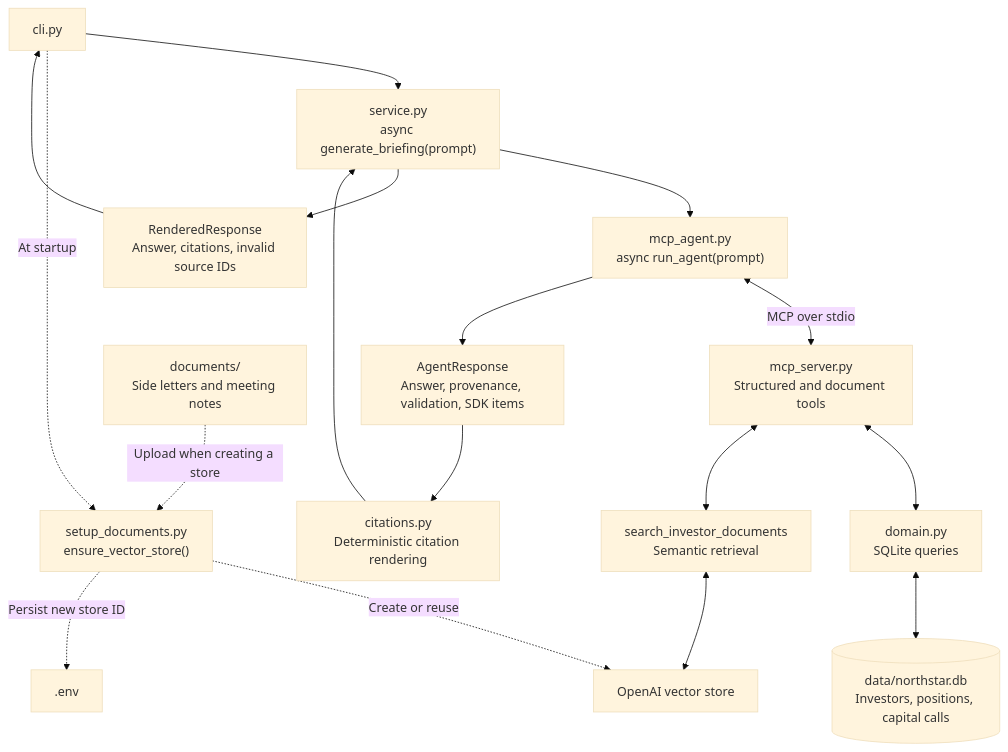
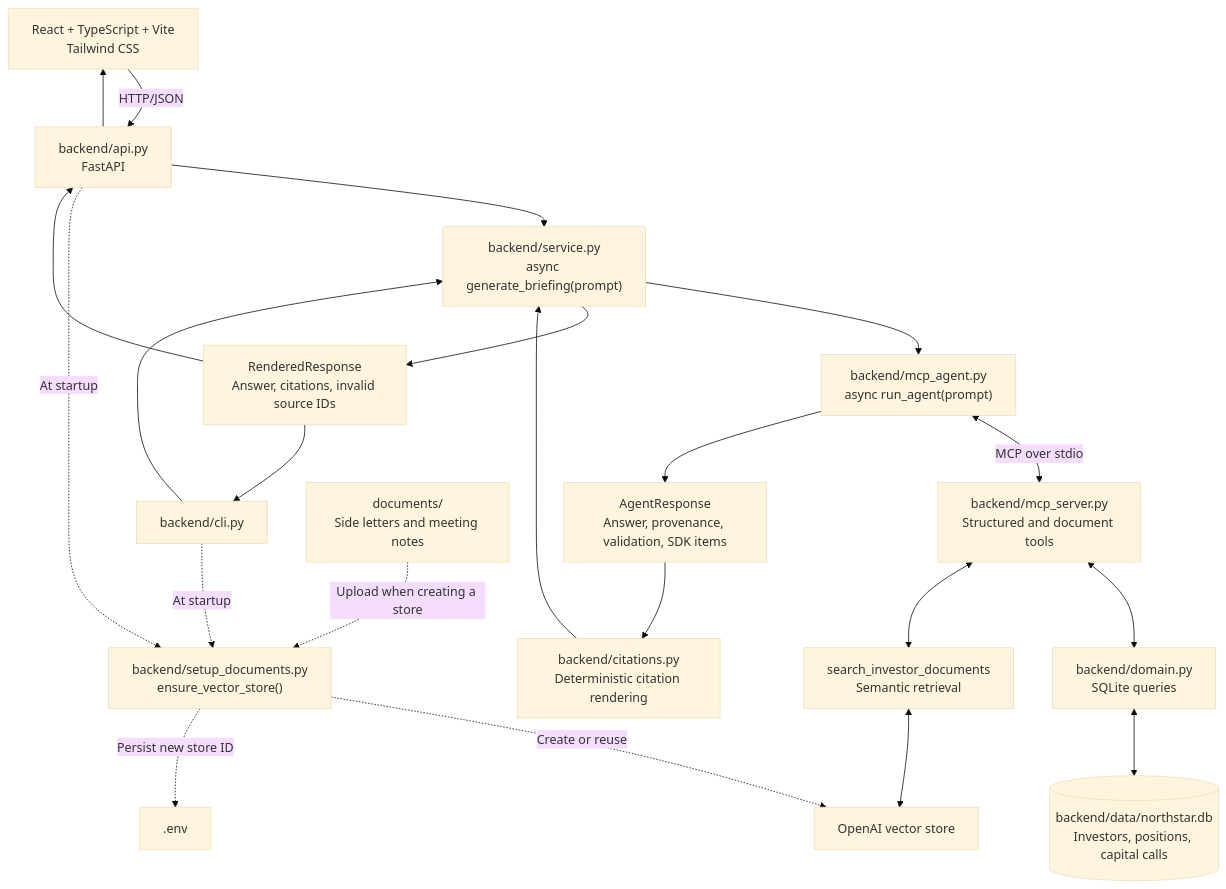
One commit to HectorFraireSanchez/gp-investor-relations-agent changed the diagram in README.md. Above: the diagram before and after it, drawn with Mermaid (base theme). The commit also changed other lines of this file and 41 other files, not shown here.

First line of the commit message:
Add Northstar web app and organize Python backend

````diff
--- a/README.md
+++ b/README.md
@@ -33,19 +33,24 @@
 ```mermaid
 flowchart TD
-    CLI["cli.py"] --> SERVICE["service.py<br/>async generate_briefing(prompt)"]
-    SERVICE --> A["mcp_agent.py<br/>async run_agent(prompt)"]
-    A <-->|MCP over stdio| M["mcp_server.py<br/>Structured and document tools"]
-    M <--> D["domain.py<br/>SQLite queries"]
-    D <--> DB[("data/northstar.db<br/>Investors, positions, capital calls")]
+    WEB["React + TypeScript + Vite<br/>Tailwind CSS"] -->|HTTP/JSON| API["backend/api.py<br/>FastAPI"]
+    API --> SERVICE
+    CLI["backend/cli.py"] --> SERVICE["backend/service.py<br/>async generate_briefing(prompt)"]
+    SERVICE --> A["backend/mcp_agent.py<br/>async run_agent(prompt)"]
+    A <-->|MCP over stdio| M["backend/mcp_server.py<br/>Structured and document tools"]
+    M <--> D["backend/domain.py<br/>SQLite queries"]
+    D <--> DB[("backend/data/northstar.db<br/>Investors, positions, capital calls")]
     M <--> S["search_investor_documents<br/>Semantic retrieval"]
     S <--> V["OpenAI vector store"]
-    CLI -.->|At startup| SETUP["setup_documents.py<br/>ensure_vector_store()"]
+    CLI -.->|At startup| SETUP["backend/setup_documents.py<br/>ensure_vector_store()"]
+    API -.->|At startup| SETUP
     F["documents/<br/>Side letters and meeting notes"] -.->|Upload when creating a store| SETUP
     SETUP -.->|Create or reuse| V
     SETUP -.->|Persist new store ID| ENV[".env"]
     A --> RAW["AgentResponse<br/>Answer, provenance, validation, SDK items"]
-    RAW --> R["citations.py<br/>Deterministic citation rendering"]
+    RAW --> R["backend/citations.py<br/>Deterministic citation rendering"]
     R --> SERVICE
     SERVICE --> RESULT["RenderedResponse<br/>Answer, citations, invalid source IDs"]
     RESULT --> CLI
+    RESULT --> API
+    API --> WEB
 ```
````
